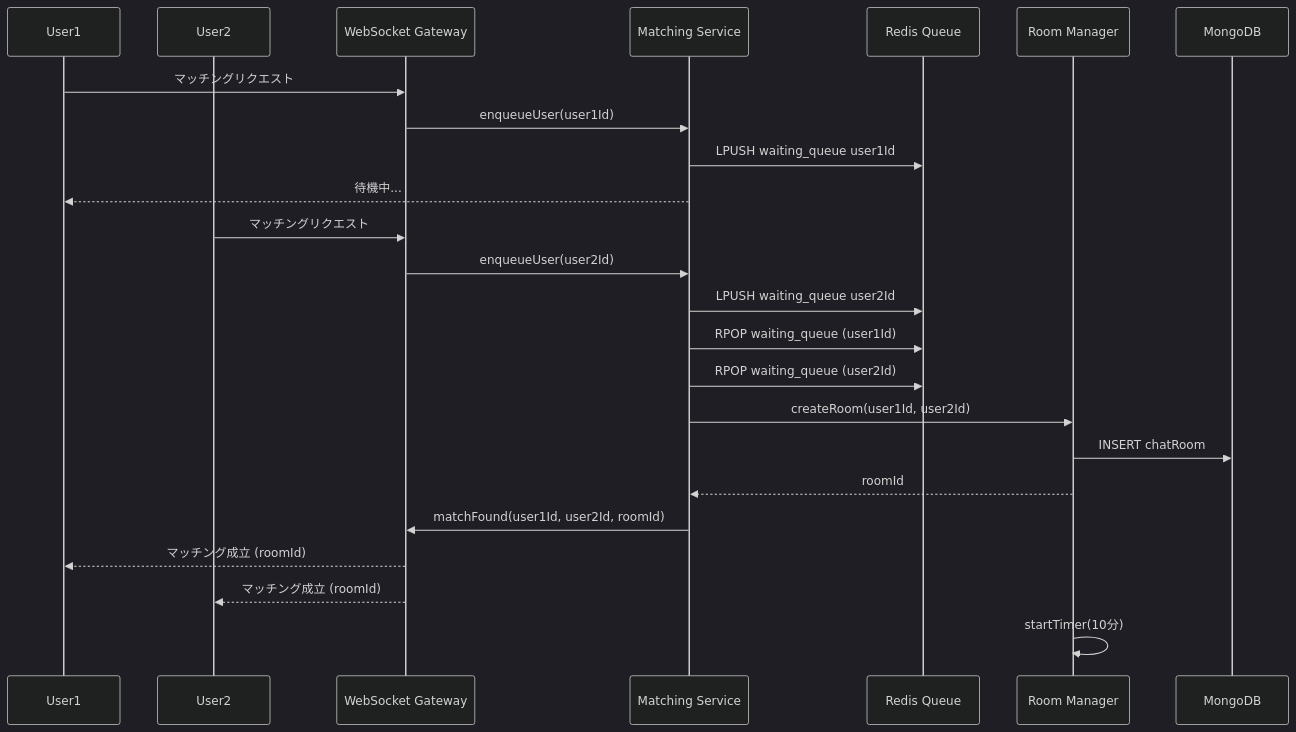
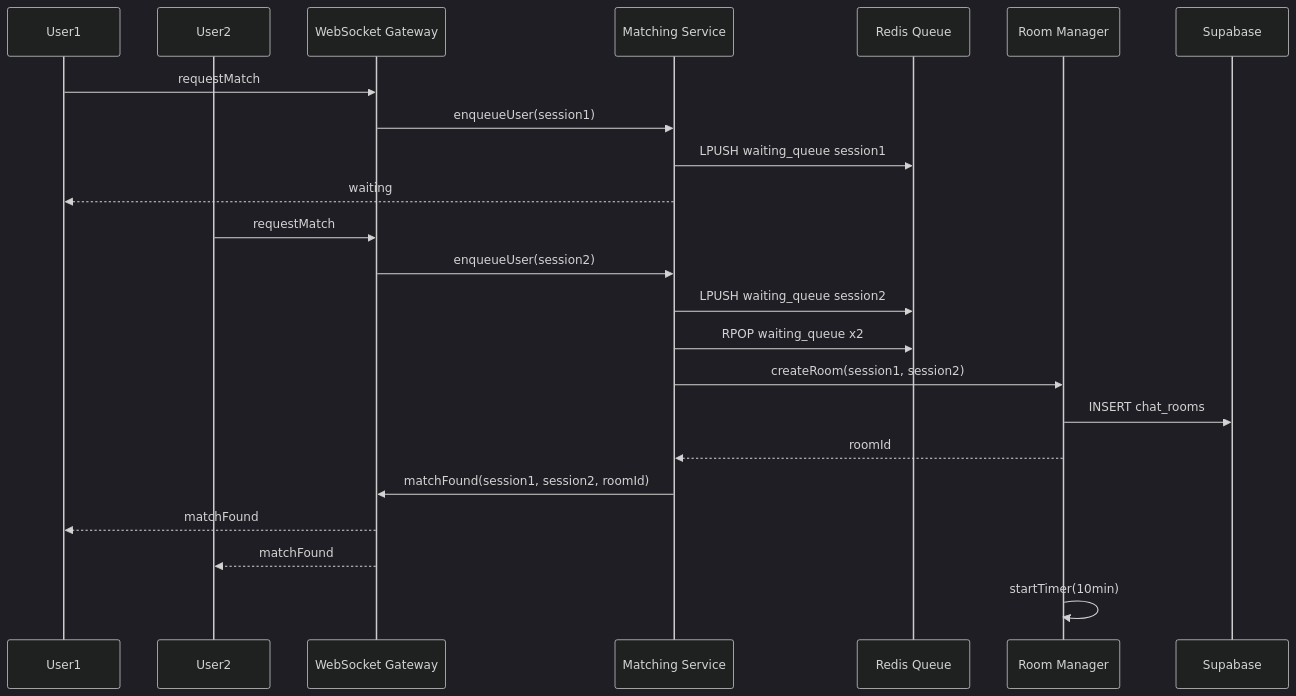
Before and after one commit to hiraaaken/cha-chat: the second of 7 diagrams in .kiro/specs/cha-chat/design.md, drawn with Mermaid (dark theme). The commit also changed other lines of this file and 4 other files, not shown here.

````diff
--- a/.kiro/specs/cha-chat/design.md
+++ b/.kiro/specs/cha-chat/design.md
@@ -122,31 +112,30 @@
 ```mermaid
 sequenceDiagram
     participant User1
     participant User2
     participant Gateway as WebSocket Gateway
     participant Match as Matching Service
     participant Queue as Redis Queue
     participant Room as Room Manager
-    participant DB as MongoDB
+    participant DB as Supabase
 
-    User1->>Gateway: マッチングリクエスト
-    Gateway->>Match: enqueueUser(user1Id)
-    Match->>Queue: LPUSH waiting_queue user1Id
-    Match-->>User1: 待機中...
+    User1->>Gateway: requestMatch
+    Gateway->>Match: enqueueUser(session1)
+    Match->>Queue: LPUSH waiting_queue session1
+    Match-->>User1: waiting
 
-    User2->>Gateway: マッチングリクエスト
-    Gateway->>Match: enqueueUser(user2Id)
-    Match->>Queue: LPUSH waiting_queue user2Id
-    Match->>Queue: RPOP waiting_queue (user1Id)
-    Match->>Queue: RPOP waiting_queue (user2Id)
+    User2->>Gateway: requestMatch
+    Gateway->>Match: enqueueUser(session2)
+    Match->>Queue: LPUSH waiting_queue session2
+    Match->>Queue: RPOP waiting_queue x2
 
-    Match->>Room: createRoom(user1Id, user2Id)
-    Room->>DB: INSERT chatRoom
+    Match->>Room: createRoom(session1, session2)
+    Room->>DB: INSERT chat_rooms
     Room-->>Match: roomId
 
-    Match->>Gateway: matchFound(user1Id, user2Id, roomId)
-    Gateway-->>User1: マッチング成立 (roomId)
-    Gateway-->>User2: マッチング成立 (roomId)
+    Match->>Gateway: matchFound(session1, session2, roomId)
+    Gateway-->>User1: matchFound
+    Gateway-->>User2: matchFound
 
-    Room->>Room: startTimer(10分)
+    Room->>Room: startTimer(10min)
 ```
````
